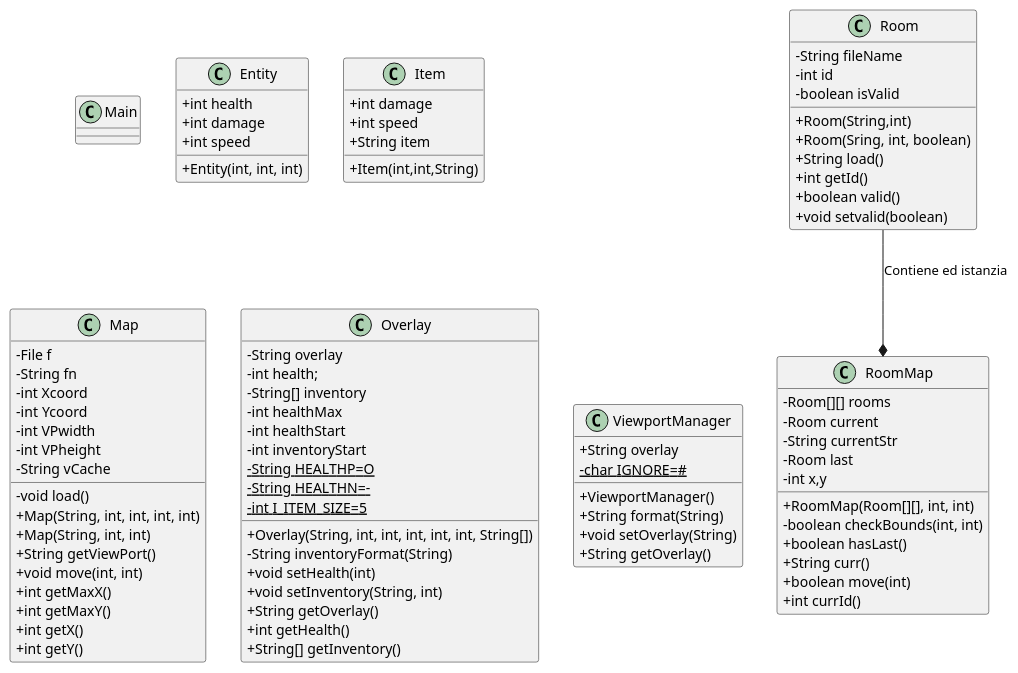
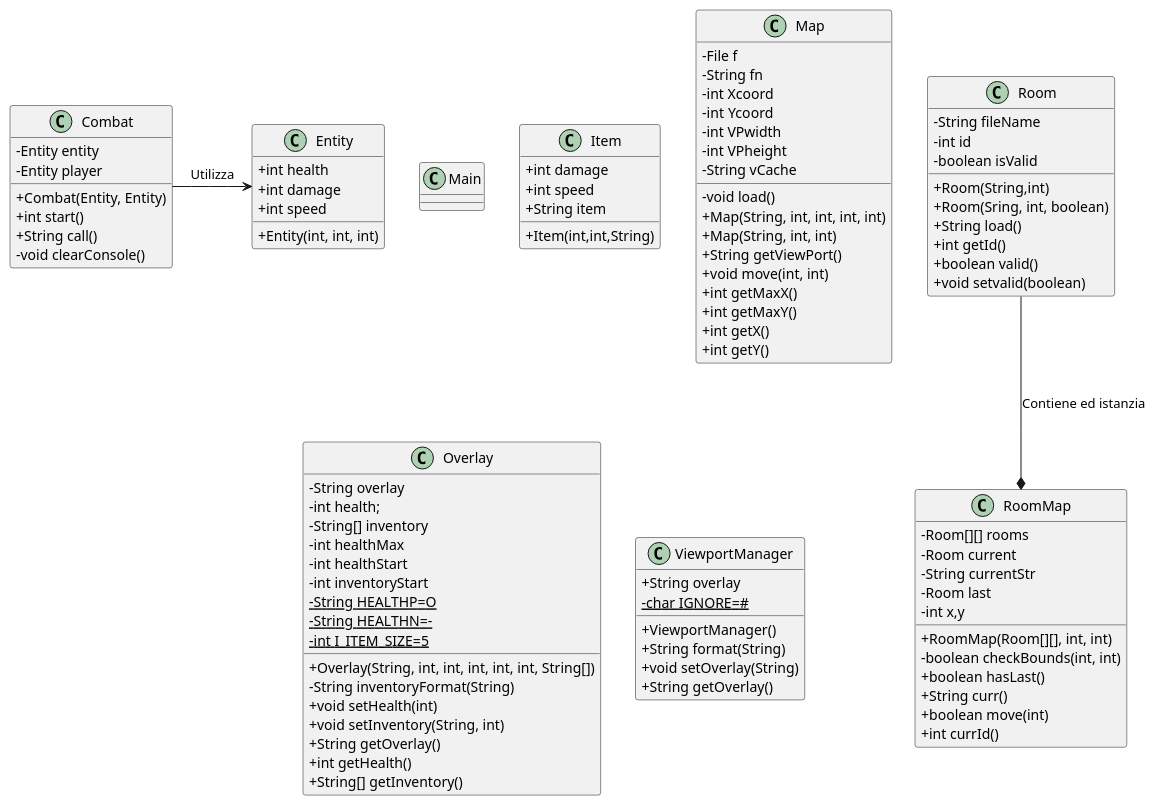
Before and after one commit to 1smaa/progettoedids: the diagram in ClassDiagram.md, drawn with PlantUML. The commit also changed other lines of this file, not shown here.

```diff
--- a/ClassDiagram.md
+++ b/ClassDiagram.md
@@ -99,7 +99,17 @@
     + String getOverlay()
 }
 
+class Combat {
+    - Entity entity
+    - Entity player
+    + Combat(Entity, Entity)
+    + int start()
+    + String call()
+    - void clearConsole()
+}
+
 Room  -down-*  RoomMap : Contiene ed istanzia
+Combat -right-> Entity : Utilizza
 
 @enduml
 
```
